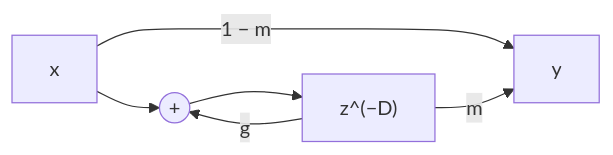
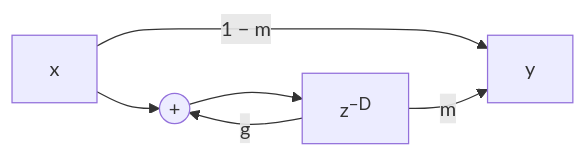
Before and after one commit to TomHsieh300/DAW-for-fun: the fourth of 5 diagrams in lessons/10-modulation/README.zh-TW.md, drawn with Mermaid. The commit also changed other lines of this file and 19 other files, not shown here.

First line of the commit message:
lessons: typeset subscripts and superscripts in Mermaid labels

````diff
--- a/lessons/10-modulation/README.zh-TW.md
+++ b/lessons/10-modulation/README.zh-TW.md
@@ -306,8 +306,8 @@
 ```mermaid
 flowchart LR
     X["x"] -->|"1 − m"| Y["y"]
     X --> ADD(("#43;"))
-    ADD --> DL["z^(−D)"]
+    ADD --> DL["z<sup>−D</sup>"]
     DL -->|"m"| Y
     DL -->|"g"| ADD
 ```
````
